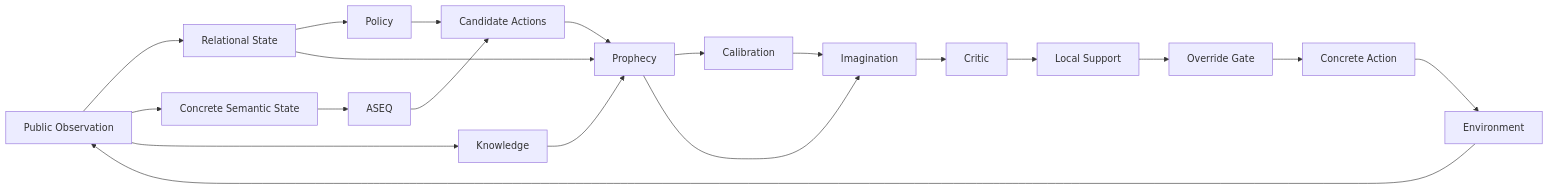
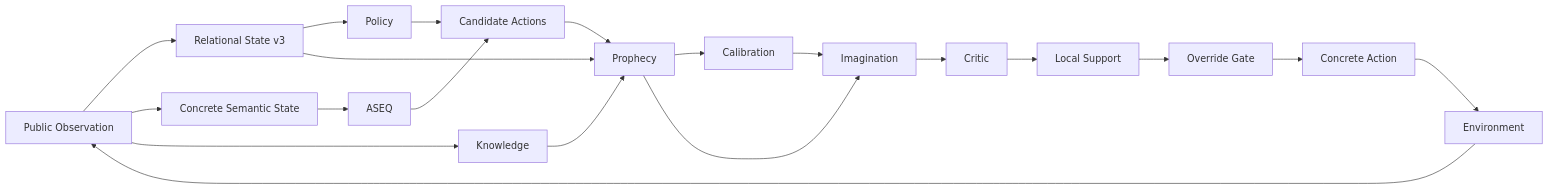
One commit to aether0xff-afk/AASSR changed the diagram in wiki/Home.md. Above: the diagram before and after it, drawn with Mermaid. The commit also changed other lines of this file, not shown here.

Commit message:
docs: surface relational state v3 in wiki home

````diff
--- a/wiki/Home.md
+++ b/wiki/Home.md
@@ -38,22 +38,22 @@
 ```mermaid
 flowchart LR
-    O[Public Observation] --> R[Relational State]
+    O[Public Observation] --> R[Relational State v3]
     O --> S[Concrete Semantic State]
     R --> P[Policy]
     S --> A[ASEQ]
     O --> K[Knowledge]
     P --> C[Candidate Actions]
     A --> C
     C --> W[Prophecy]
     K --> W
     R --> W
     W --> CAL[Calibration]
     W --> I[Imagination]
     CAL --> I
     I --> CR[Critic]
     CR --> SUP[Local Support]
     SUP --> G[Override Gate]
     G --> ACT[Concrete Action]
     ACT --> E[Environment]
     E --> O
 ```
````
